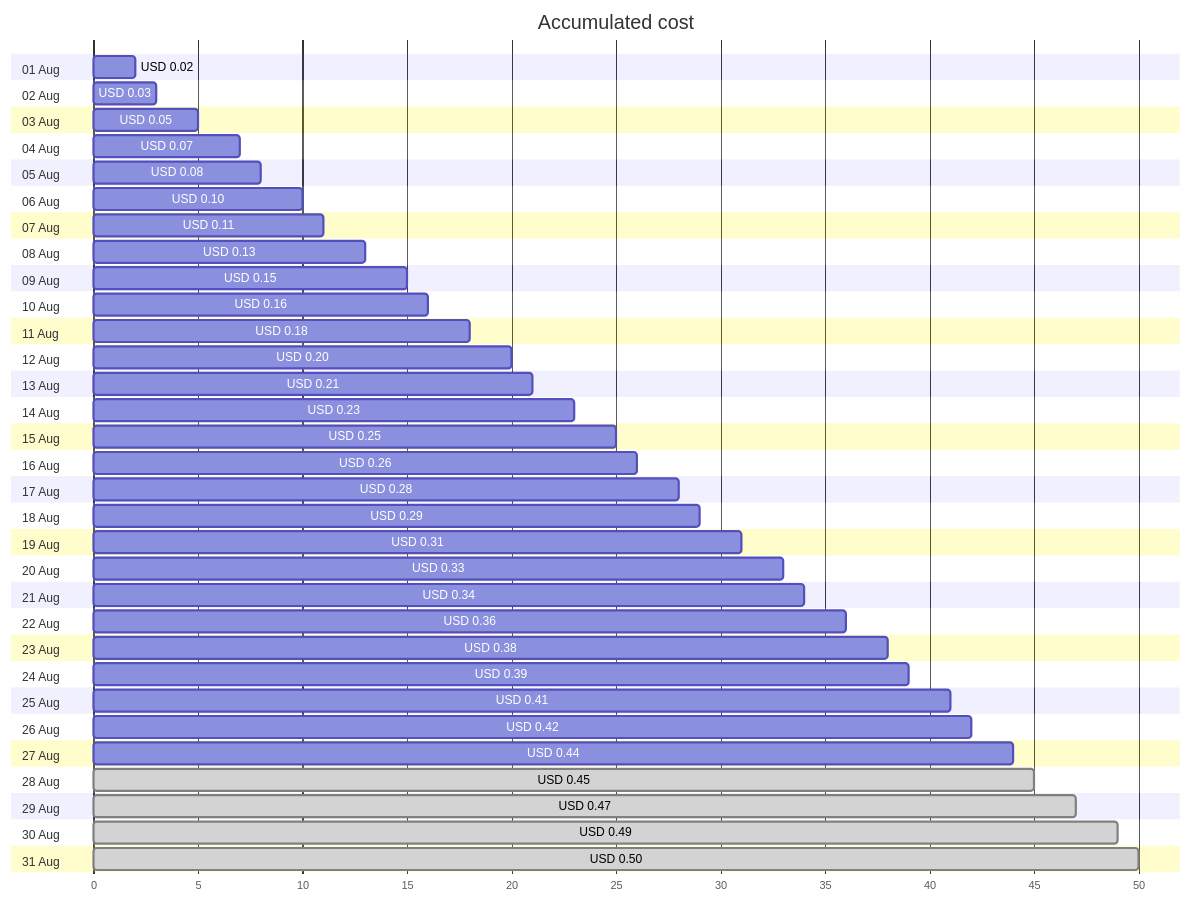
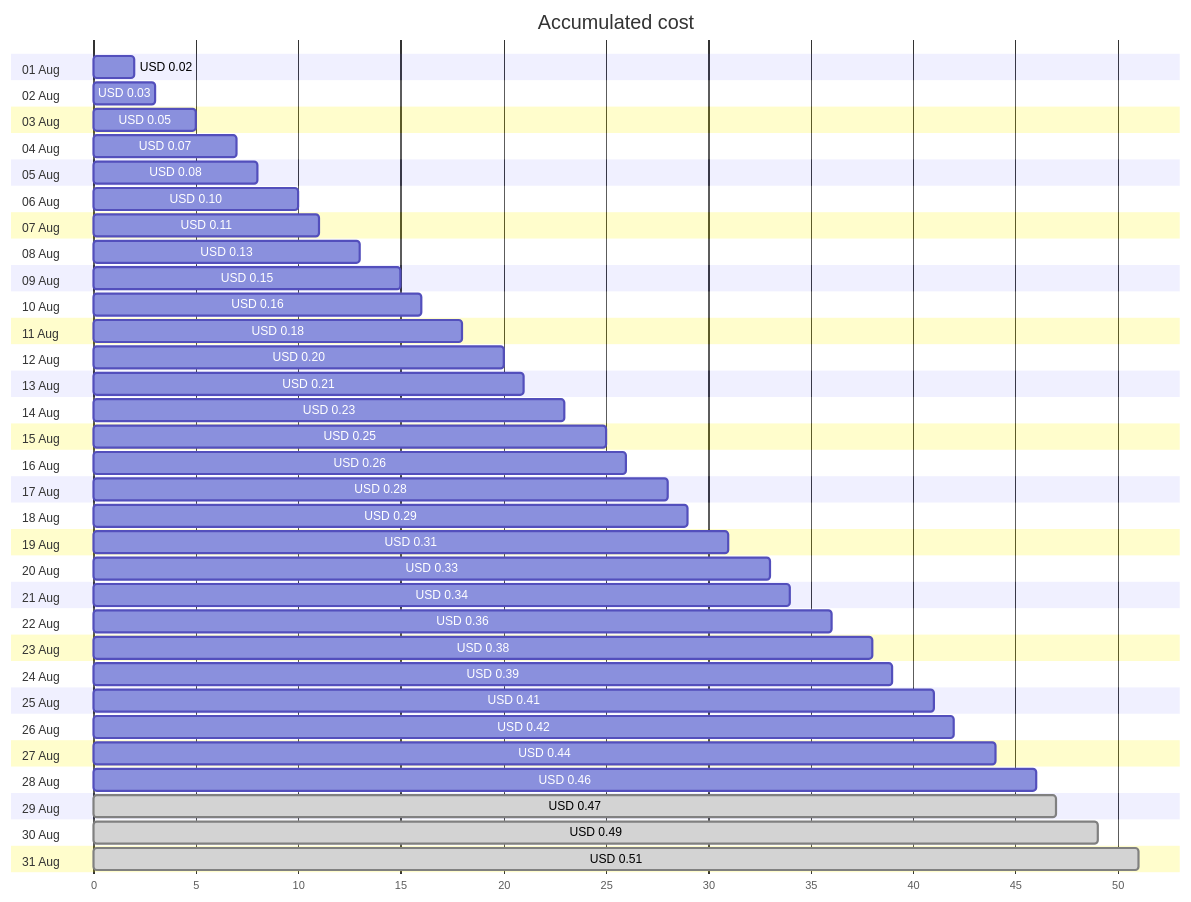
Before and after one commit to jpfulton/azure-personal-reports: the first of 4 diagrams in cost-reports/personal-dns/jpatrickfulton.com.md, drawn with Mermaid. The commit also changed other lines of this file and 2 other files, not shown here.

````diff
--- a/cost-reports/personal-dns/jpatrickfulton.com.md
+++ b/cost-reports/personal-dns/jpatrickfulton.com.md
@@ -20,68 +20,68 @@
 ```mermaid
 gantt
    title Accumulated cost
    dateFormat  X
    axisFormat %s
    section 01 Aug
    USD 0.02 :0, 2
    section 02 Aug
    USD 0.03 :0, 3
    section 03 Aug
    USD 0.05 :0, 5
    section 04 Aug
    USD 0.07 :0, 7
    section 05 Aug
    USD 0.08 :0, 8
    section 06 Aug
    USD 0.10 :0, 10
    section 07 Aug
    USD 0.11 :0, 11
    section 08 Aug
    USD 0.13 :0, 13
    section 09 Aug
    USD 0.15 :0, 15
    section 10 Aug
    USD 0.16 :0, 16
    section 11 Aug
    USD 0.18 :0, 18
    section 12 Aug
    USD 0.20 :0, 20
    section 13 Aug
    USD 0.21 :0, 21
    section 14 Aug
    USD 0.23 :0, 23
    section 15 Aug
    USD 0.25 :0, 25
    section 16 Aug
    USD 0.26 :0, 26
    section 17 Aug
    USD 0.28 :0, 28
    section 18 Aug
    USD 0.29 :0, 29
    section 19 Aug
    USD 0.31 :0, 31
    section 20 Aug
    USD 0.33 :0, 33
    section 21 Aug
    USD 0.34 :0, 34
    section 22 Aug
    USD 0.36 :0, 36
    section 23 Aug
    USD 0.38 :0, 38
    section 24 Aug
    USD 0.39 :0, 39
    section 25 Aug
    USD 0.41 :0, 41
    section 26 Aug
    USD 0.42 :0, 42
    section 27 Aug
    USD 0.44 :0, 44
    section 28 Aug
-   USD 0.45 : done, 0, 45
+   USD 0.46 :0, 46
    section 29 Aug
    USD 0.47 : done, 0, 47
    section 30 Aug
    USD 0.49 : done, 0, 49
    section 31 Aug
-   USD 0.50 : done, 0, 50
+   USD 0.51 : done, 0, 51
 ```
````
